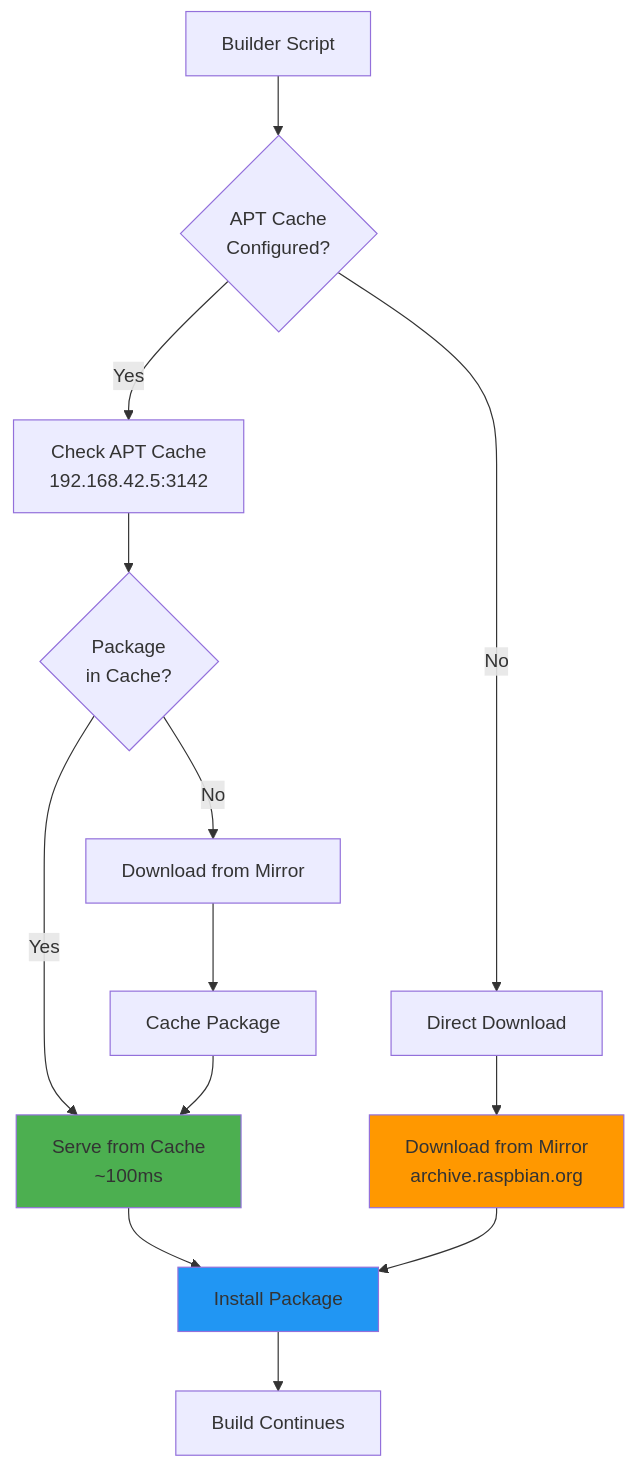
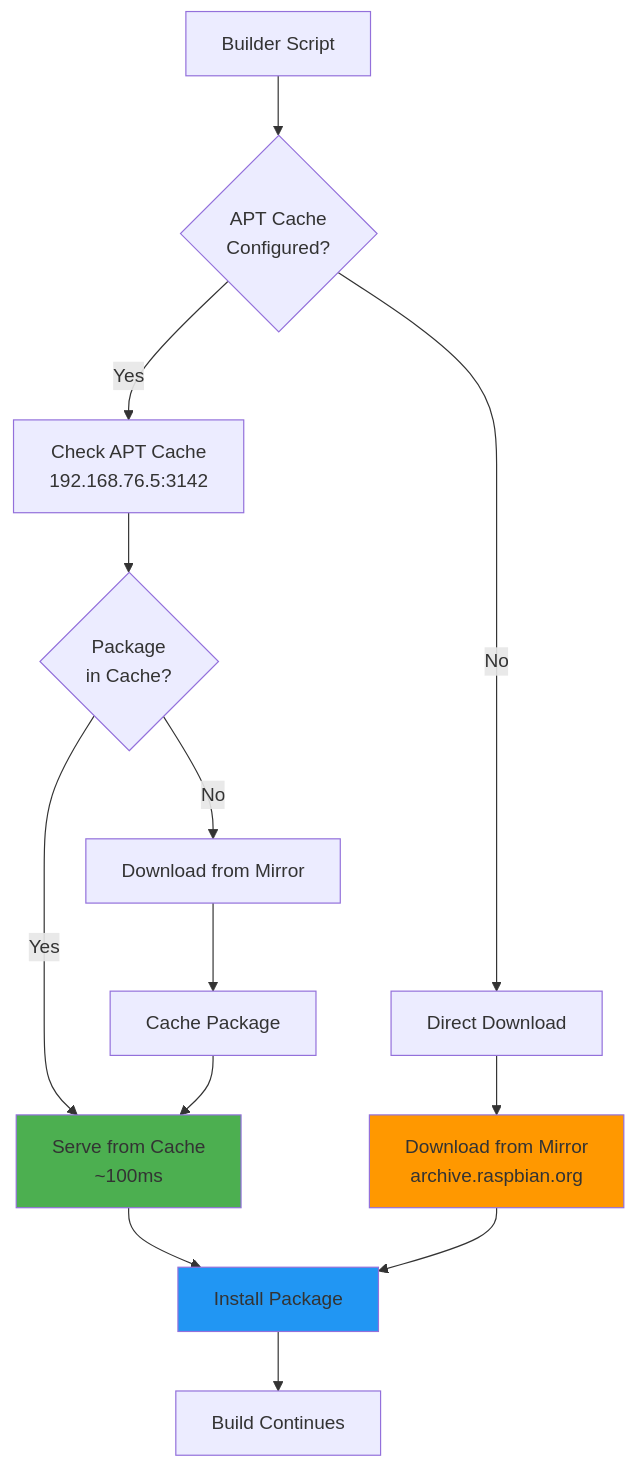
The fifth of 11 diagrams in docs/architecture/overview.md (pimeleon/build-pimeleon), drawn with Mermaid before and after one commit. The commit also changed other lines of this file and 31 other files, not shown here.

````diff
--- a/docs/architecture/overview.md
+++ b/docs/architecture/overview.md
@@ -196,25 +196,25 @@
 ```mermaid
 flowchart TD
     A[Builder Script] --> B{APT Cache<br/>Configured?}
 
-    B -->|Yes| C[Check APT Cache<br/>192.168.42.5:3142]
+    B -->|Yes| C[Check APT Cache<br/>192.168.76.5:3142]
     B -->|No| D[Direct Download]
 
     C --> E{Package<br/>in Cache?}
     E -->|Yes| F[Serve from Cache<br/>~100ms]
     E -->|No| G[Download from Mirror]
 
     G --> H[Cache Package]
     H --> F
 
     D --> I[Download from Mirror<br/>archive.raspbian.org]
 
     F --> J[Install Package]
     I --> J
 
     J --> K[Build Continues]
 
     style F fill:#4CAF50
     style I fill:#FF9800
     style J fill:#2196F3
 ```
````
